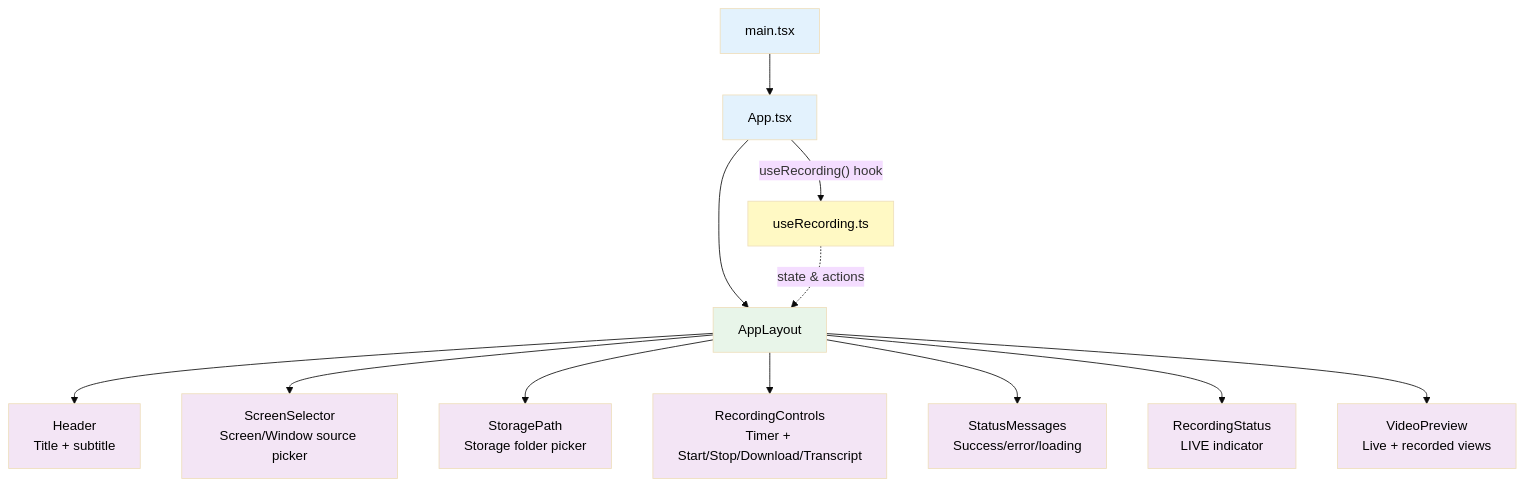
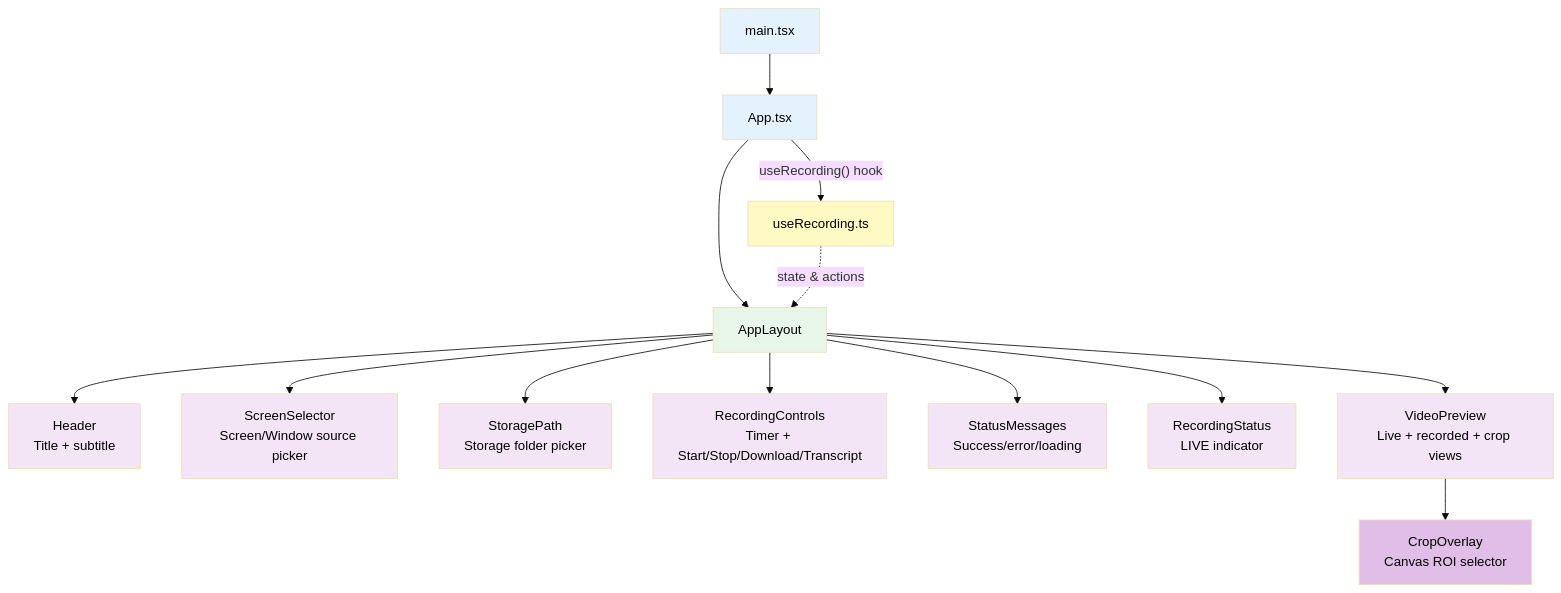
Before and after one commit to iAli61/ScreenRecAI-Desktop: the sixth of 16 diagrams in docs/DESIGN.md, drawn with Mermaid (base theme). The commit also changed other lines of this file and 9 other files, not shown here.

Commit message:
feat: add canvas-based crop functionality for video recordings

````diff
--- a/docs/DESIGN.md
+++ b/docs/DESIGN.md
@@ -349,28 +358,30 @@
 ```mermaid
 graph TD
     Main["main.tsx<br/><StrictMode>"] --> App["App.tsx"]
     App -->|"useRecording() hook"| Hook["useRecording.ts"]
     App --> Layout["AppLayout"]
     
     Layout --> Header["Header<br/>Title + subtitle"]
     Layout --> SS["ScreenSelector<br/>Screen/Window source picker"]
     Layout --> SP["StoragePath<br/>Storage folder picker"]
     Layout --> RC["RecordingControls<br/>Timer + Start/Stop/Download/Transcript"]
     Layout --> SM["StatusMessages<br/>Success/error/loading"]
     Layout --> RS["RecordingStatus<br/>LIVE indicator"]
-    Layout --> VP["VideoPreview<br/>Live + recorded views"]
+    Layout --> VP["VideoPreview<br/>Live + recorded + crop views"]
+    VP --> CO["CropOverlay<br/>Canvas ROI selector"]
 
     Hook -.->|"state & actions"| Layout
 
     style Main fill:#E3F2FD,color:#000
     style App fill:#E3F2FD,color:#000
     style Hook fill:#FFF9C4,color:#000
     style Layout fill:#E8F5E9,color:#000
     style Header fill:#F3E5F5,color:#000
     style SS fill:#F3E5F5,color:#000
     style SP fill:#F3E5F5,color:#000
     style RC fill:#F3E5F5,color:#000
     style SM fill:#F3E5F5,color:#000
     style RS fill:#F3E5F5,color:#000
     style VP fill:#F3E5F5,color:#000
+    style CO fill:#E1BEE7,color:#000
 ```
````
